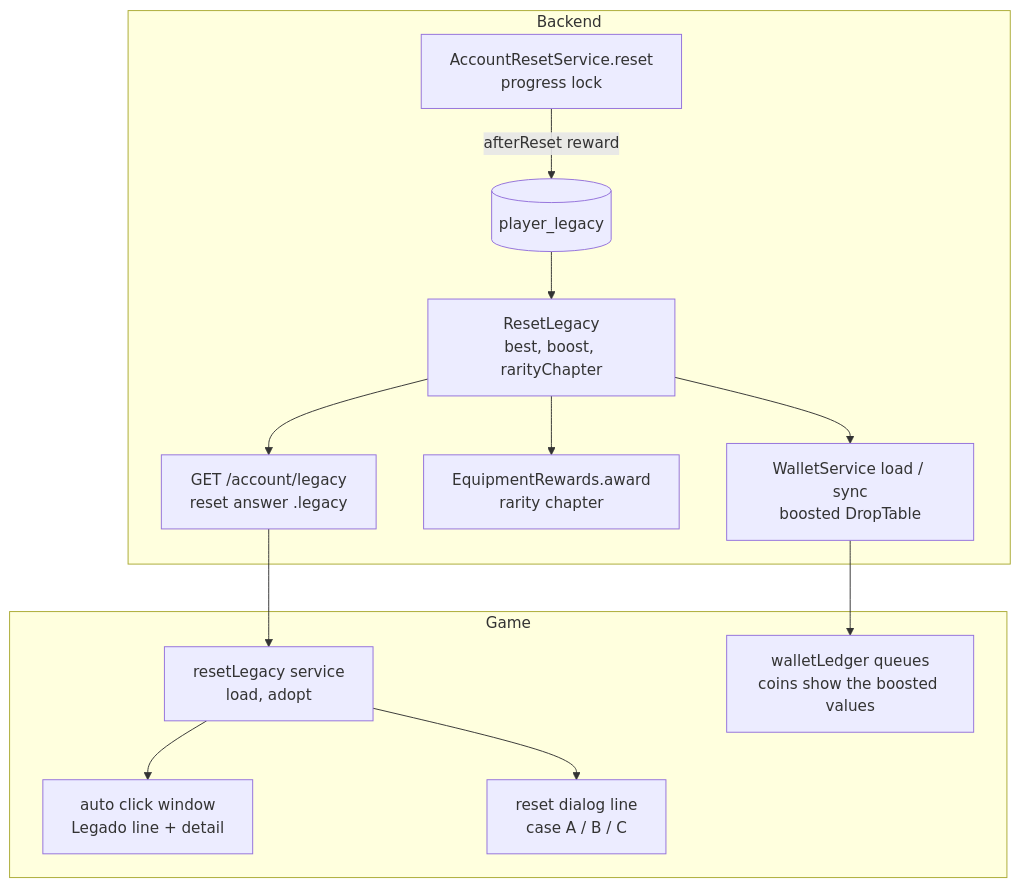
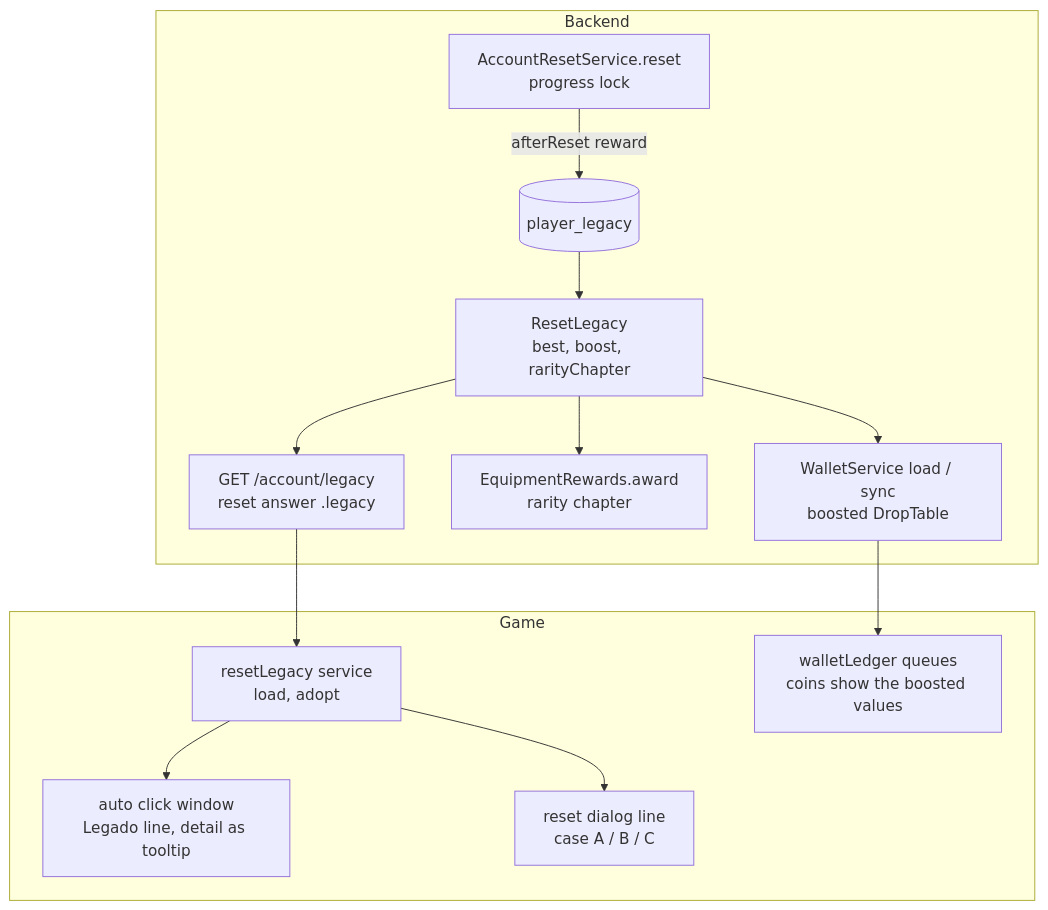
Before and after one commit to woodriveer/infinity-grove-phaser: the diagram in .specs/features/reset-legacy-drops/design.md, drawn with Mermaid. The commit also changed other lines of this file and 7 other files, not shown here.

First line of the commit message:
fix(game): keep the legacy detail out of the auto click window

````diff
--- a/.specs/features/reset-legacy-drops/design.md
+++ b/.specs/features/reset-legacy-drops/design.md
@@ -16,16 +16,16 @@
 ```mermaid
 graph TD
     subgraph Backend
         RS[AccountResetService.reset<br/>progress lock] -->|afterReset reward| LR[(player_legacy)]
         LR --> RL[ResetLegacy<br/>best, boost, rarityChapter]
         RL --> WS[WalletService load / sync<br/>boosted DropTable]
         RL --> ER[EquipmentRewards.award<br/>rarity chapter]
         RL --> API[GET /account/legacy<br/>reset answer .legacy]
     end
     subgraph Game
         API --> APP[resetLegacy service<br/>load, adopt]
-        APP --> LINE[auto click window<br/>Legado line + detail]
+        APP --> LINE[auto click window<br/>Legado line, detail as tooltip]
         APP --> DLG[reset dialog line<br/>case A / B / C]
         WS --> LEDGER[walletLedger queues<br/>coins show the boosted values]
     end
 ```
````
